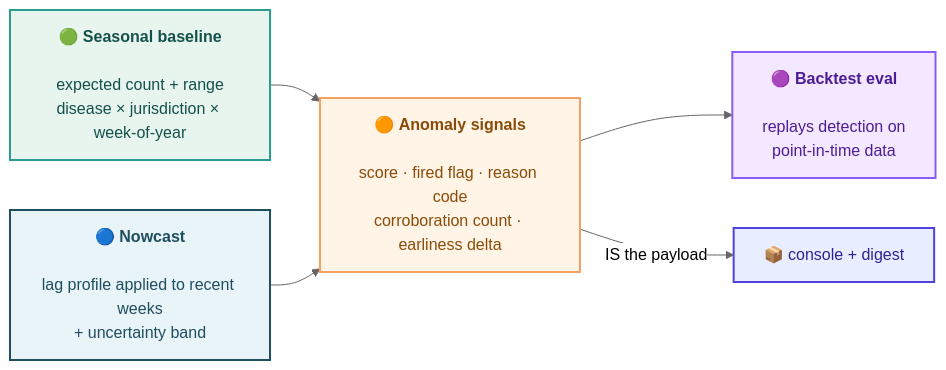
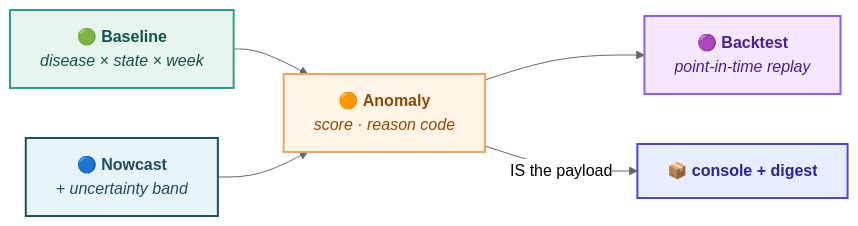
Before and after one commit to Dieurode1/Public-Health-Outbreak-Monitoring-System: the second of 3 diagrams in README.md, drawn with Mermaid (neutral theme). The commit also changed other lines of this file, not shown here.

````diff
--- a/README.md
+++ b/README.md
@@ -226,24 +172,25 @@
 ```mermaid
 flowchart LR
-    A["🟢 <b>Seasonal baseline</b><br/><br/>expected count + range<br/>disease × jurisdiction × week-of-year"] 
-    B["🔵 <b>Nowcast</b><br/><br/>lag profile applied to recent weeks<br/>+ uncertainty band"]
-    C["🟠 <b>Anomaly signals</b><br/><br/>score · fired flag · reason code<br/>corroboration count · earliness delta"]
-    D["🟣 <b>Backtest eval</b><br/><br/>replays detection on<br/>point-in-time data"]
+    A["🟢 <b>Baseline</b><br/><i>disease × state × week</i>"]
+    B["🔵 <b>Nowcast</b><br/><i>+ uncertainty band</i>"]
+    C["🟠 <b>Anomaly</b><br/><i>score · reason code</i>"]
+    D["🟣 <b>Backtest</b><br/><i>point-in-time replay</i>"]
+    E["📦 <b>console + digest</b>"]
 
     A --> C
     B --> C
     C --> D
-    C -->|"IS the payload"| E["📦 console + digest"]
+    C -->|"IS the payload"| E
 
     classDef m1 fill:#E7F5EE,stroke:#2A9D8F,stroke-width:2px,color:#14514A
     classDef m2 fill:#E8F4F8,stroke:#1F4E5F,stroke-width:2px,color:#1F4E5F
     classDef m3 fill:#FFF4E6,stroke:#F4A261,stroke-width:2px,color:#8A4B08
     classDef m4 fill:#F3E8FF,stroke:#8B5CF6,stroke-width:2px,color:#4C1D95
     classDef out fill:#E8EEFF,stroke:#4F43DD,stroke-width:2px,color:#2A2496
 
     class A m1
     class B m2
     class C m3
     class D m4
     class E out
 ```
````
